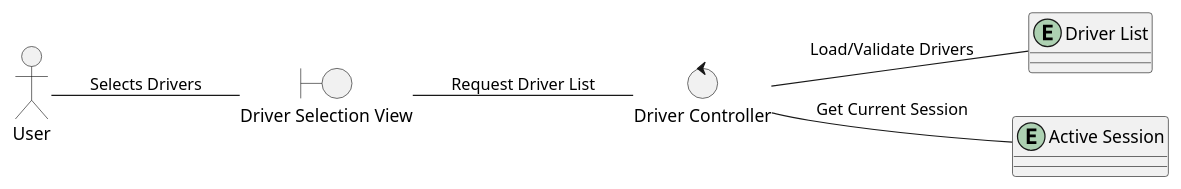
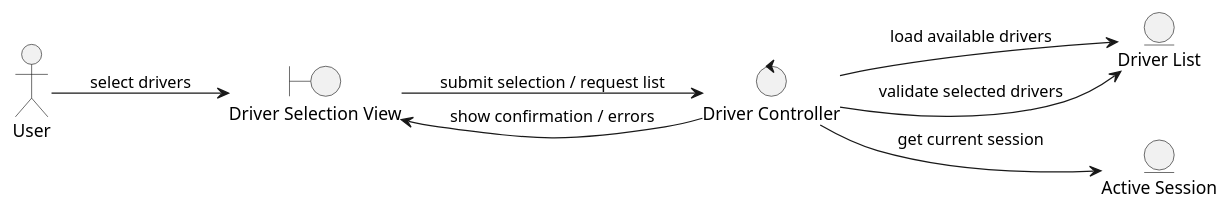
The diagram in Analysis/Select_Drivers.puml (AB0204/Team_OOAD23), drawn with PlantUML before and after one commit.

```diff
--- a/Analysis/Select_Drivers.puml
+++ b/Analysis/Select_Drivers.puml
@@ -1,16 +1,17 @@
 @startuml
 left to right direction
 skinparam backgroundColor white
-allow_mixing
 
-actor User
+actor "User" as User
 boundary "Driver Selection View" as GUI
 control "Driver Controller" as CTRL
 entity "Driver List" as DRIVERS
 entity "Active Session" as SESSION
 
-User -- GUI : Selects Drivers
-GUI -- CTRL : Request Driver List
-CTRL -- SESSION : Get Current Session
-CTRL -- DRIVERS : Load/Validate Drivers
+User --> GUI : select drivers
+GUI --> CTRL : submit selection / request list
+CTRL --> SESSION : get current session
+CTRL --> DRIVERS : load available drivers
+CTRL --> DRIVERS : validate selected drivers
+CTRL --> GUI : show confirmation / errors
 @enduml
```
